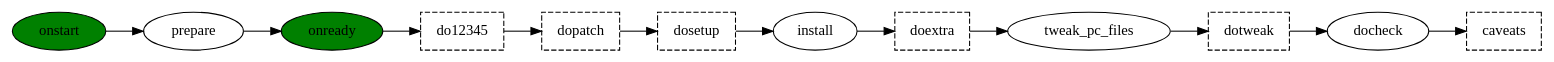
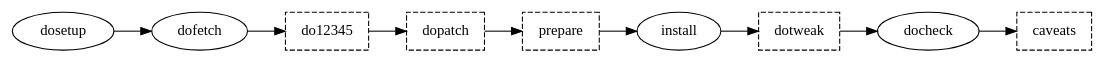
Before and after one commit to leleliu008/ppkg: the diagram in phases.dot, drawn with Graphviz. The commit also changed 3 other files, not shown here.

```diff
--- a/phases.dot
+++ b/phases.dot
@@ -1,15 +1,11 @@
 digraph {
     rankdir="LR"
 
-    onstart -> prepare -> onready -> do12345 -> dopatch -> dosetup -> install -> doextra -> tweak_pc_files -> dotweak -> docheck -> caveats
-
-    onstart [fillcolor="green";style=filled]
-    onready [fillcolor="green";style=filled]
+    dosetup -> dofetch -> do12345 -> dopatch -> prepare -> install -> dotweak -> docheck -> caveats
 
     do12345 [shape="box"; style="dashed"];
     dopatch [shape="box"; style="dashed"];
-    dosetup [shape="box"; style="dashed"];
-    doextra [shape="box"; style="dashed"];
+    prepare [shape="box"; style="dashed"];
     dotweak [shape="box"; style="dashed"];
     caveats [shape="box"; style="dashed"];
 }
```
